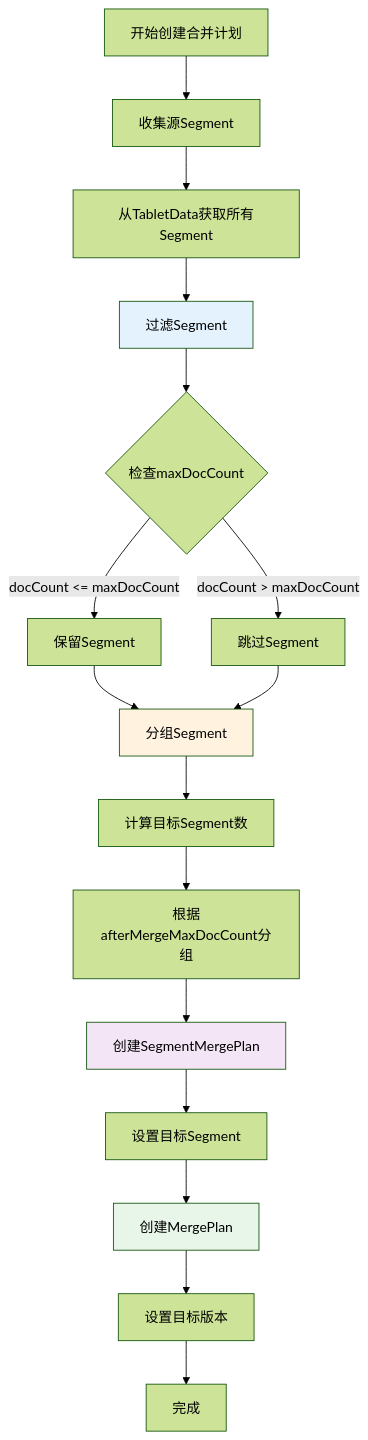
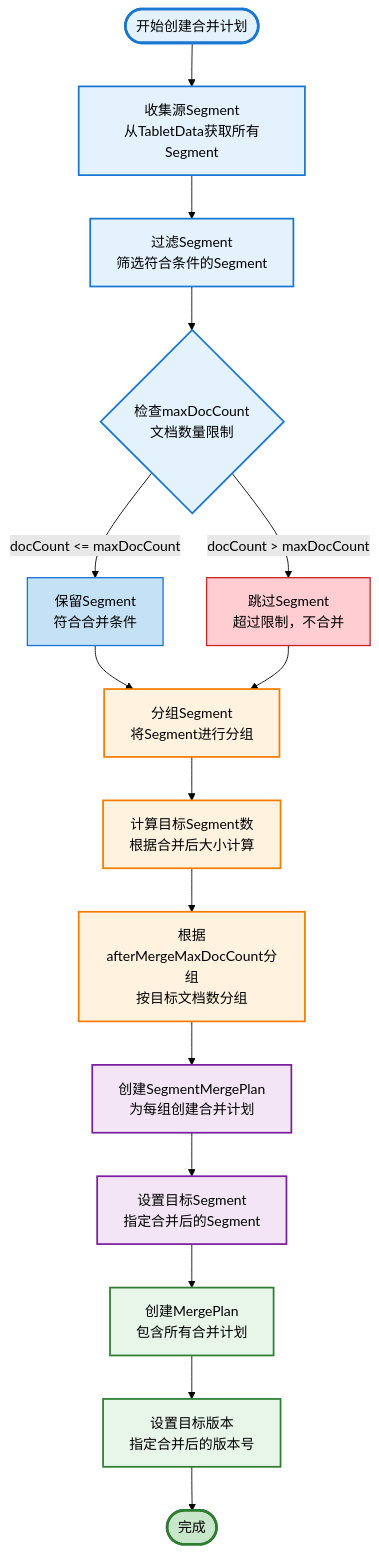
One commit to zhouzhilong-commits/zhouzhilong-commits.github.io changed the seventh of 20 diagrams in _posts/2025-06-29-indexlib-6-segment-merge.md. Above: the diagram before and after it, drawn with Mermaid (forest theme). The commit also changed other lines of this file and 2 other files, not shown here.

````diff
--- a/_posts/2025-06-29-indexlib-6-segment-merge.md
+++ b/_posts/2025-06-29-indexlib-6-segment-merge.md
@@ -409,23 +405,43 @@
 ```mermaid
-graph TD
-    A[开始创建合并计划] --> B[收集源Segment]
-    B --> C[从TabletData获取所有Segment]
-    C --> D[过滤Segment]
-    D --> E{检查maxDocCount}
-    E -->|docCount <= maxDocCount| F[保留Segment]
-    E -->|docCount > maxDocCount| G[跳过Segment]
-    F --> H[分组Segment]
-    G --> H
-    H --> I[计算目标Segment数]
-    I --> J[根据afterMergeMaxDocCount分组]
-    J --> K[创建SegmentMergePlan]
-    K --> L[设置目标Segment]
-    L --> M[创建MergePlan]
-    M --> N[设置目标版本]
-    N --> O[完成]
+flowchart TD
+    Start([开始创建合并计划]) --> Collect[收集源Segment<br/>从TabletData获取所有Segment]
     
-    style D fill:#e3f2fd
-    style H fill:#fff3e0
-    style K fill:#f3e5f5
-    style M fill:#e8f5e9
+    Collect --> Filter[过滤Segment<br/>筛选符合条件的Segment]
+    
+    Filter --> Check{检查maxDocCount<br/>文档数量限制}
+    
+    Check -->|docCount <= maxDocCount| Keep[保留Segment<br/>符合合并条件]
+    Check -->|docCount > maxDocCount| Skip[跳过Segment<br/>超过限制，不合并]
+    
+    Keep --> Group
+    Skip --> Group
+    
+    Group[分组Segment<br/>将Segment进行分组] --> Calculate[计算目标Segment数<br/>根据合并后大小计算]
+    
+    Calculate --> GroupBy[根据afterMergeMaxDocCount分组<br/>按目标文档数分组]
+    
+    GroupBy --> CreatePlan[创建SegmentMergePlan<br/>为每组创建合并计划]
+    
+    CreatePlan --> SetTarget[设置目标Segment<br/>指定合并后的Segment]
+    
+    SetTarget --> CreateMergePlan[创建MergePlan<br/>包含所有合并计划]
+    
+    CreateMergePlan --> SetVersion[设置目标版本<br/>指定合并后的版本号]
+    
+    SetVersion --> End([完成])
+    
+    style Start fill:#e3f2fd,stroke:#1976d2,stroke-width:3px
+    style Collect fill:#e3f2fd,stroke:#1976d2,stroke-width:2px
+    style Filter fill:#e3f2fd,stroke:#1976d2,stroke-width:2px
+    style Check fill:#e3f2fd,stroke:#1976d2,stroke-width:2px
+    style Keep fill:#c5e1f5,stroke:#1976d2,stroke-width:1.5px
+    style Skip fill:#ffcdd2,stroke:#c62828,stroke-width:1.5px
+    style Group fill:#fff3e0,stroke:#f57c00,stroke-width:2px
+    style Calculate fill:#fff3e0,stroke:#f57c00,stroke-width:2px
+    style GroupBy fill:#fff3e0,stroke:#f57c00,stroke-width:2px
+    style CreatePlan fill:#f3e5f5,stroke:#7b1fa2,stroke-width:2px
+    style SetTarget fill:#f3e5f5,stroke:#7b1fa2,stroke-width:2px
+    style CreateMergePlan fill:#e8f5e9,stroke:#2e7d32,stroke-width:2px
+    style SetVersion fill:#e8f5e9,stroke:#2e7d32,stroke-width:2px
+    style End fill:#c8e6c9,stroke:#2e7d32,stroke-width:3px
 ```
````
